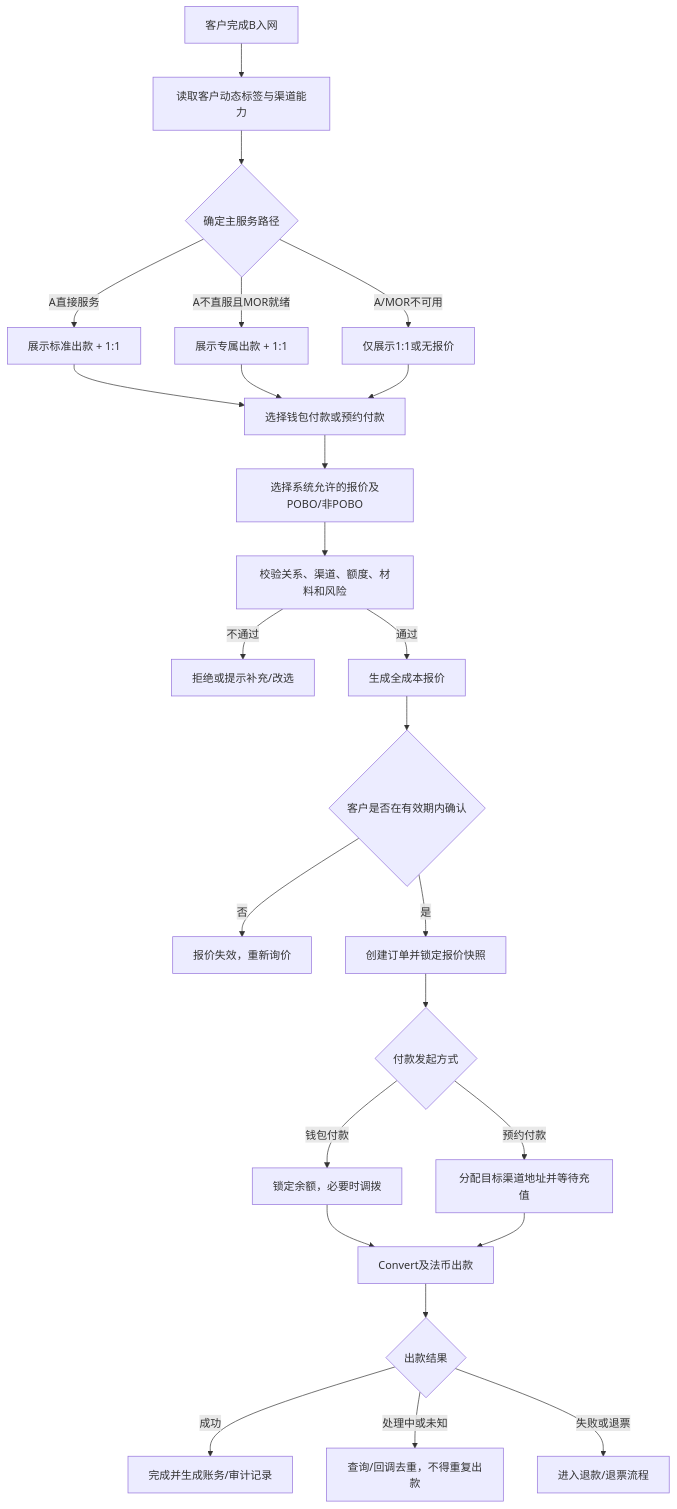
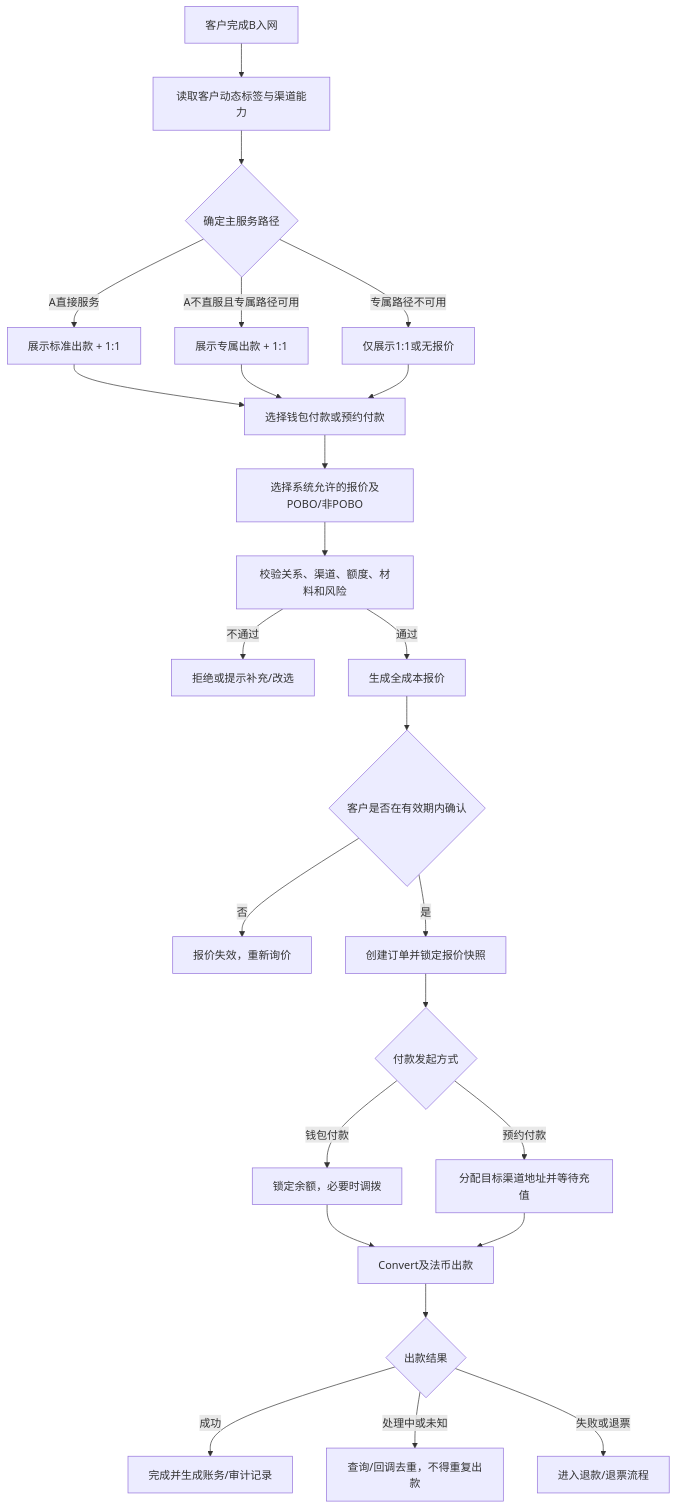
The second of 3 diagrams in MORSolutions/解决方案/Offramp产品PRD.md (xiaoxiaoangie/EX-NEW), drawn with Mermaid before and after one commit. The commit also changed other lines of this file and 2 other files, not shown here.

````diff
--- a/MORSolutions/解决方案/Offramp产品PRD.md
+++ b/MORSolutions/解决方案/Offramp产品PRD.md
@@ -364,27 +328,27 @@
 ```mermaid
 flowchart TD
     A["客户完成B入网"] --> B["读取客户动态标签与渠道能力"]
     B --> C{"确定主服务路径"}
     C -->|A直接服务| D["展示标准出款 + 1:1"]
-    C -->|A不直服且MOR就绪| E["展示专属出款 + 1:1"]
-    C -->|A/MOR不可用| E1["仅展示1:1或无报价"]
+    C -->|A不直服且专属路径可用| E["展示专属出款 + 1:1"]
+    C -->|专属路径不可用| E1["仅展示1:1或无报价"]
     D --> F0["选择钱包付款或预约付款"]
     E --> F0
     E1 --> F0
     F0 --> F1["选择系统允许的报价及POBO/非POBO"]
     F1 --> E2["校验关系、渠道、额度、材料和风险"]
     E2 -->|不通过| X["拒绝或提示补充/改选"]
     E2 -->|通过| F["生成全成本报价"]
     F --> G{"客户是否在有效期内确认"}
     G -->|否| H["报价失效，重新询价"]
     G -->|是| I["创建订单并锁定报价快照"]
     I --> J{"付款发起方式"}
     J -->|钱包付款| J1["锁定余额，必要时调拨"]
     J -->|预约付款| J2["分配目标渠道地址并等待充值"]
     J1 --> K["Convert及法币出款"]
     J2 --> K
     K --> L{"出款结果"}
     L -->|成功| M["完成并生成账务/审计记录"]
     L -->|处理中或未知| N["查询/回调去重，不得重复出款"]
     L -->|失败或退票| O["进入退款/退票流程"]
 ```
````
